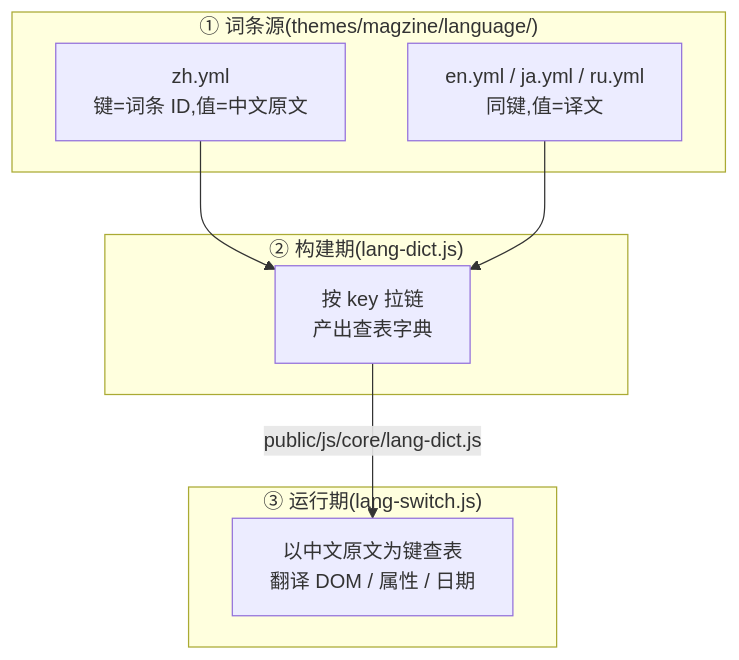
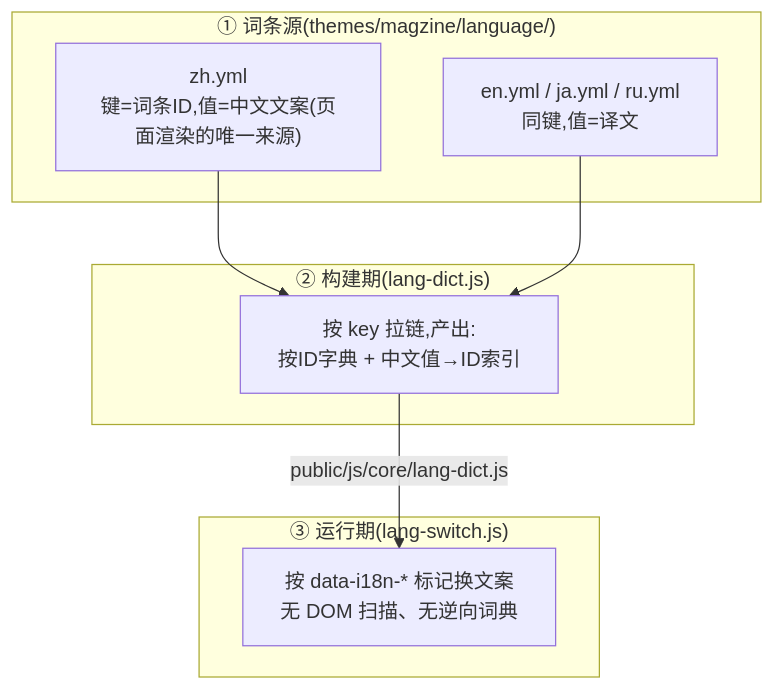
Before and after one commit to huyangpahuo/magzine-branch: the diagram in docs/06-国际化架构.md, drawn with Mermaid. The commit also changed other lines of this file and 60 other files, not shown here.

````diff
--- a/docs/06-国际化架构.md
+++ b/docs/06-国际化架构.md
@@ -19,19 +21,19 @@
 ```mermaid
 flowchart TD
     subgraph S1["① 词条源(themes/magzine/language/)"]
-        Z["zh.yml<br/>键=词条 ID,值=中文原文"]
+        Z["zh.yml<br/>键=词条ID,值=中文文案(页面渲染的唯一来源)"]
         E["en.yml / ja.yml / ru.yml<br/>同键,值=译文"]
     end
 
     subgraph S2["② 构建期(lang-dict.js)"]
-        G["按 key 拉链<br/>产出查表字典"]
+        G["按 key 拉链,产出:<br/>按ID字典 + 中文值→ID索引"]
     end
 
     subgraph S3["③ 运行期(lang-switch.js)"]
-        R["以中文原文为键查表<br/>翻译 DOM / 属性 / 日期"]
+        R["按 data-i18n-* 标记换文案<br/>无 DOM 扫描、无逆向词典"]
     end
 
     Z --> G
     E --> G
     G -->|"public/js/core/lang-dict.js"| R
 ```
````
